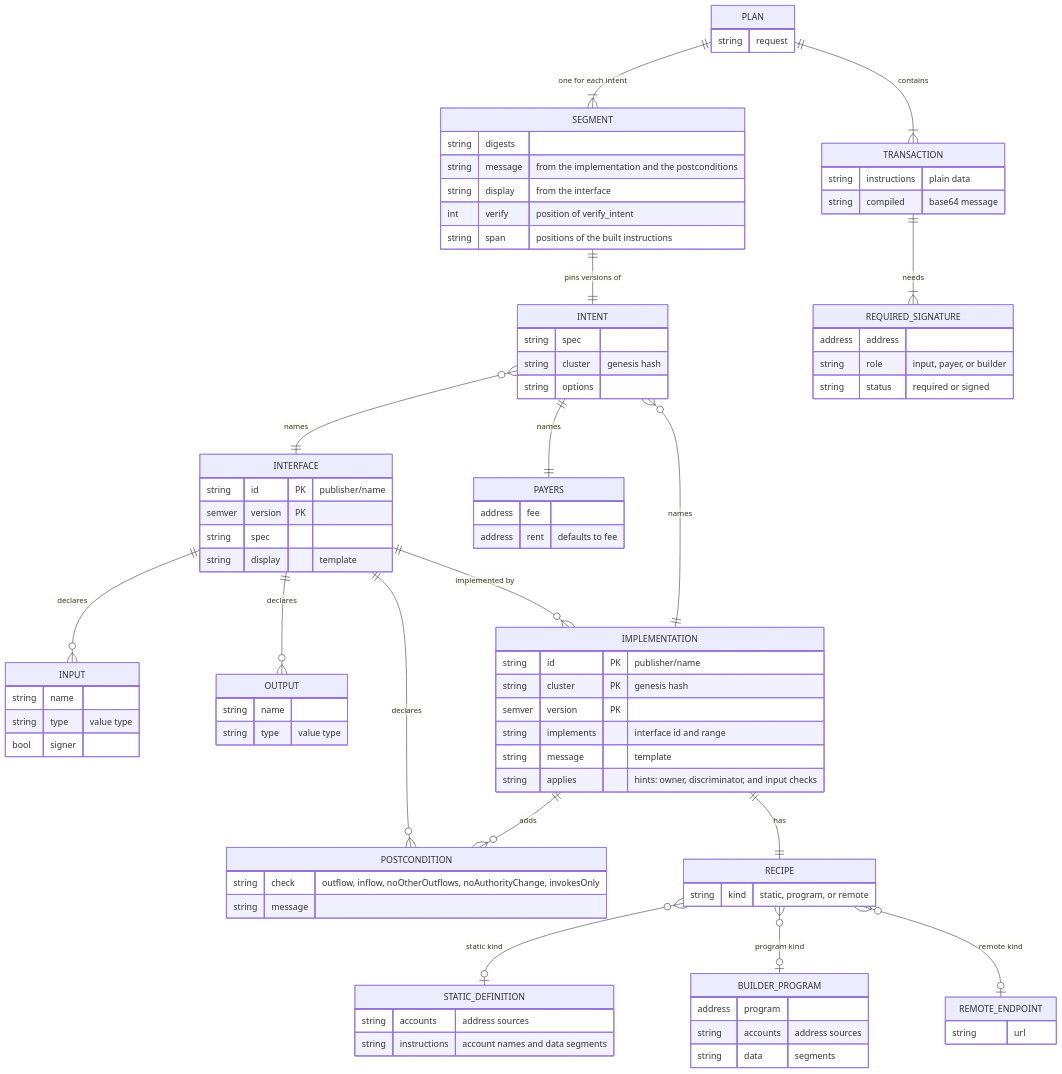
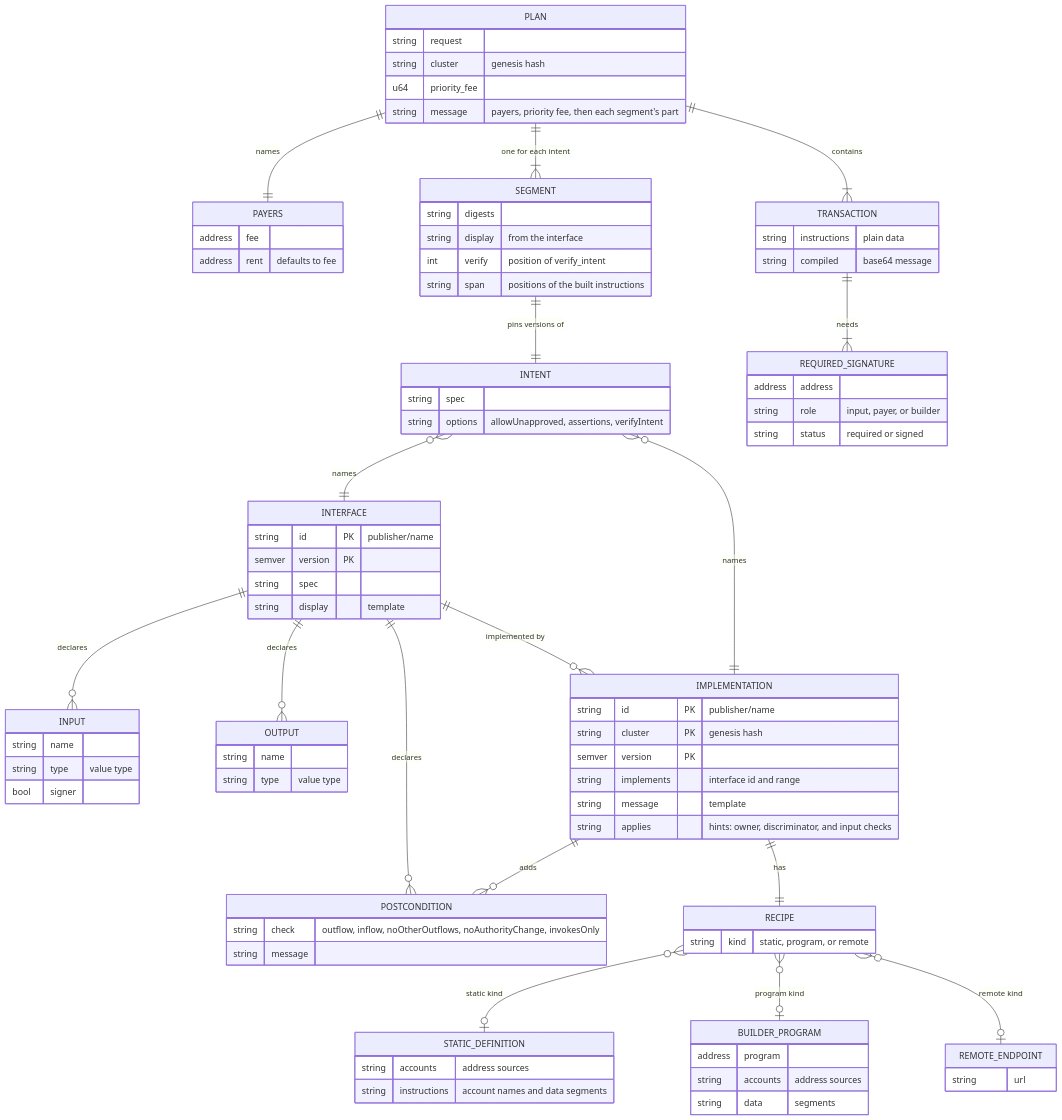
The first of 2 diagrams in packages/sdp-intents/DESIGN.md (solana-foundation/solana-developer-platform), drawn with Mermaid before and after one commit. The commit also changed other lines of this file and 40 other files, not shown here.

First line of the commit message:
feat(intents): sign one message for a plan, and name the payers once

```diff
--- a/packages/sdp-intents/DESIGN.md
+++ b/packages/sdp-intents/DESIGN.md
@@ -368,7 +366,7 @@
   RECIPE }o--o| REMOTE_ENDPOINT : "remote kind"
   INTENT }o--|| INTERFACE : names
   INTENT }o--|| IMPLEMENTATION : names
-  INTENT ||--|| PAYERS : names
+  PLAN ||--|| PAYERS : names
   PLAN ||--|{ SEGMENT : "one for each intent"
   SEGMENT ||--|| INTENT : "pins versions of"
   PLAN ||--|{ TRANSACTION : contains
@@ -418,8 +416,7 @@
   }
   INTENT {
     string spec
-    string cluster "genesis hash"
-    string options
+    string options "allowUnapproved, assertions, verifyIntent"
   }
   PAYERS {
     address fee
@@ -427,10 +424,12 @@
   }
   PLAN {
     string request
+    string cluster "genesis hash"
+    u64 priority_fee
+    string message "payers, priority fee, then each segment's part"
   }
   SEGMENT {
     string digests
-    string message "from the implementation and the postconditions"
     string display "from the interface"
     int verify "position of verify_intent"
     string span "positions of the built instructions"
```
